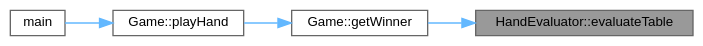
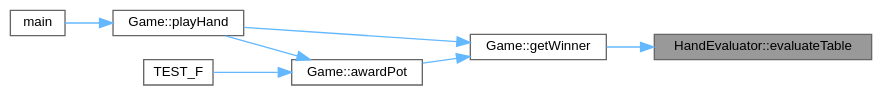
One commit to jesstyrrell/cosc345 changed the diagram in class_hand_evaluator_a913d9b6af7946277de9652577b88292b_icgraph.dot. Above: the diagram before and after it, drawn with Graphviz. The commit also changed 152 other files, not shown here.

```diff
--- a/class_hand_evaluator_a913d9b6af7946277de9652577b88292b_icgraph.dot
+++ b/class_hand_evaluator_a913d9b6af7946277de9652577b88292b_icgraph.dot
@@ -1,16 +1,21 @@
 digraph "HandEvaluator::evaluateTable"
 {
  // INTERACTIVE_SVG=YES
  // LATEX_PDF_SIZE
   bgcolor="transparent";
   edge [fontname=Helvetica,fontsize=10,labelfontname=Helvetica,labelfontsize=10];
   node [fontname=Helvetica,fontsize=10,shape=box,height=0.2,width=0.4];
   rankdir="RL";
   Node1 [id="Node000001",label="HandEvaluator::evaluateTable",height=0.2,width=0.4,color="gray40", fillcolor="grey60", style="filled", fontcolor="black",tooltip="Evaluates multiple hands against community cards."];
   Node1 -> Node2 [id="edge1_Node000001_Node000002",dir="back",color="steelblue1",style="solid",tooltip=" "];
   Node2 [id="Node000002",label="Game::getWinner",height=0.2,width=0.4,color="grey40", fillcolor="white", style="filled",URL="$class_game.html#aab46e042704ec19c1f0a52280ef06bef",tooltip="Determines the winner(s) of the current hand."];
   Node2 -> Node3 [id="edge2_Node000002_Node000003",dir="back",color="steelblue1",style="solid",tooltip=" "];
-  Node3 [id="Node000003",label="Game::playHand",height=0.2,width=0.4,color="grey40", fillcolor="white", style="filled",URL="$class_game.html#ab72401c43b303a37dec67f3d6b75a927",tooltip="Plays a single hand of poker."];
+  Node3 [id="Node000003",label="Game::awardPot",height=0.2,width=0.4,color="grey40", fillcolor="white", style="filled",URL="$class_game.html#ac0b29143b66a8cecb267b54ac84deb06",tooltip="Awards the pot to the winning players."];
   Node3 -> Node4 [id="edge3_Node000003_Node000004",dir="back",color="steelblue1",style="solid",tooltip=" "];
-  Node4 [id="Node000004",label="main",height=0.2,width=0.4,color="grey40", fillcolor="white", style="filled",URL="$main_8cpp.html#a0ddf1224851353fc92bfbff6f499fa97",tooltip=" "];
+  Node4 [id="Node000004",label="Game::playHand",height=0.2,width=0.4,color="grey40", fillcolor="white", style="filled",URL="$class_game.html#ab72401c43b303a37dec67f3d6b75a927",tooltip="Plays a single hand of poker."];
+  Node4 -> Node5 [id="edge4_Node000004_Node000005",dir="back",color="steelblue1",style="solid",tooltip=" "];
+  Node5 [id="Node000005",label="main",height=0.2,width=0.4,color="grey40", fillcolor="white", style="filled",URL="$main_8cpp.html#a0ddf1224851353fc92bfbff6f499fa97",tooltip=" "];
+  Node3 -> Node6 [id="edge5_Node000003_Node000006",dir="back",color="steelblue1",style="solid",tooltip=" "];
+  Node6 [id="Node000006",label="TEST_F",height=0.2,width=0.4,color="grey40", fillcolor="white", style="filled",URL="$test___game_8cc.html#adf97e005acdc02b38d612eabddf53792",tooltip=" "];
+  Node2 -> Node4 [id="edge6_Node000002_Node000004",dir="back",color="steelblue1",style="solid",tooltip=" "];
 }
```
